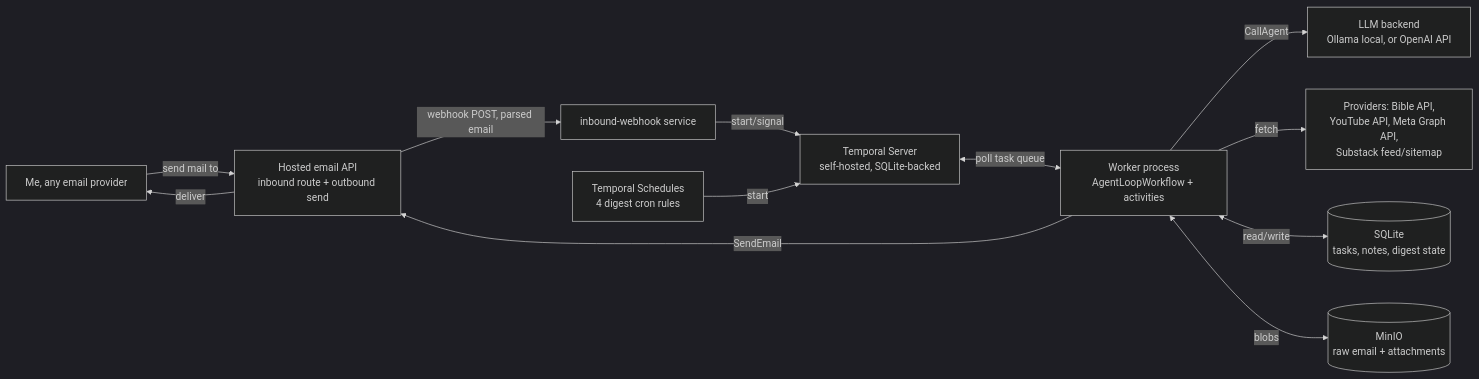
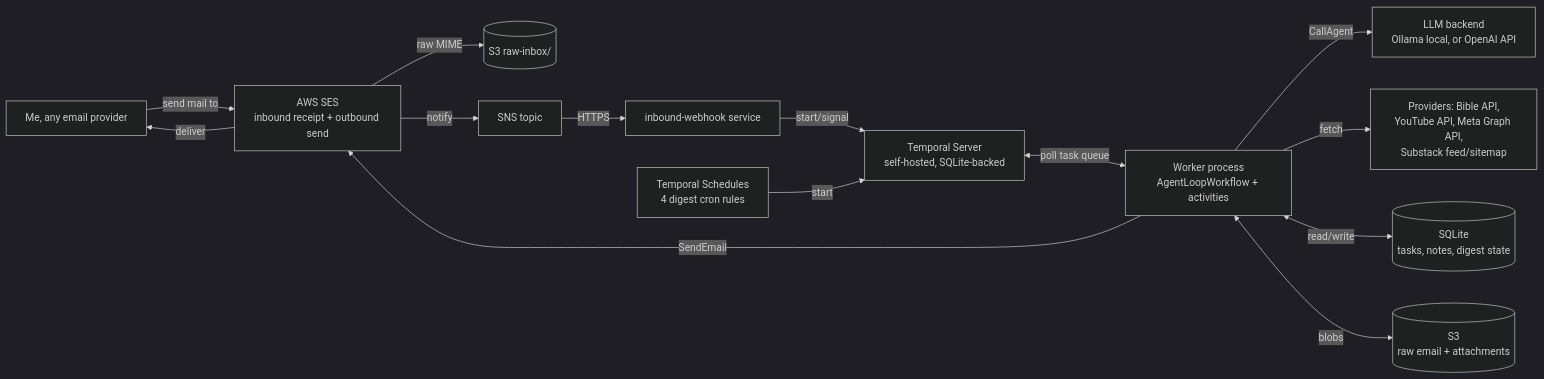
The diagram in DESIGN.md (solomonxie/super-email), drawn with Mermaid (dark theme) before and after one commit. The commit also changed other lines of this file and 24 other files, not shown here.

````diff
--- a/DESIGN.md
+++ b/DESIGN.md
@@ -27,18 +31,20 @@
 ```mermaid
 flowchart LR
-    ME[Me, any email provider] -->|send mail to| Provider[Hosted email API\ninbound route + outbound send]
-    Provider -->|webhook POST, parsed email| Hook[inbound-webhook service]
+    ME[Me, any email provider] -->|send mail to| SES[AWS SES\ninbound receipt + outbound send]
+    SES -->|raw MIME| S3raw[(S3 raw-inbox/)]
+    SES -->|notify| SNS[SNS topic]
+    SNS -->|HTTPS| Hook[inbound-webhook service]
     Hook -->|start/signal| Temporal[Temporal Server\nself-hosted, SQLite-backed]
 
     Cron[Temporal Schedules\n4 digest cron rules] -->|start| Temporal
 
     Temporal <-->|poll task queue| Worker[Worker process\nAgentLoopWorkflow + activities]
 
     Worker -->|CallAgent| LLM[LLM backend\nOllama local, or OpenAI API]
-    Worker -->|SendEmail| Provider
-    Provider -->|deliver| ME
+    Worker -->|SendEmail| SES
+    SES -->|deliver| ME
 
     Worker -->|fetch| Sources[Providers: Bible API,\nYouTube API, Meta Graph API,\nSubstack feed/sitemap]
     Worker <-->|read/write| DB[(SQLite\ntasks, notes, digest state)]
-    Worker <-->|blobs| Minio[(MinIO\nraw email + attachments)]
+    Worker <-->|blobs| S3[(S3\nraw email + attachments)]
 ```
````
